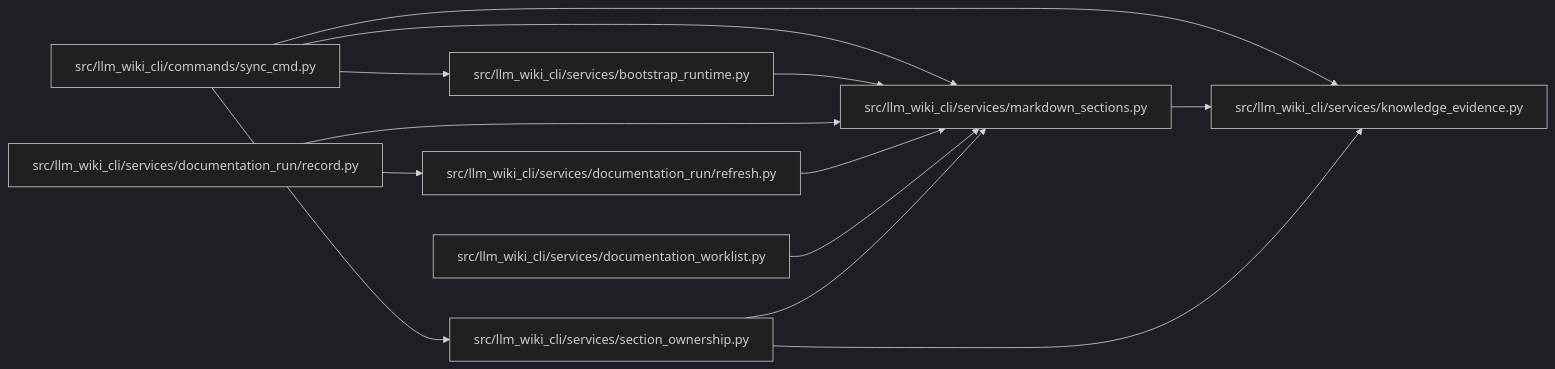
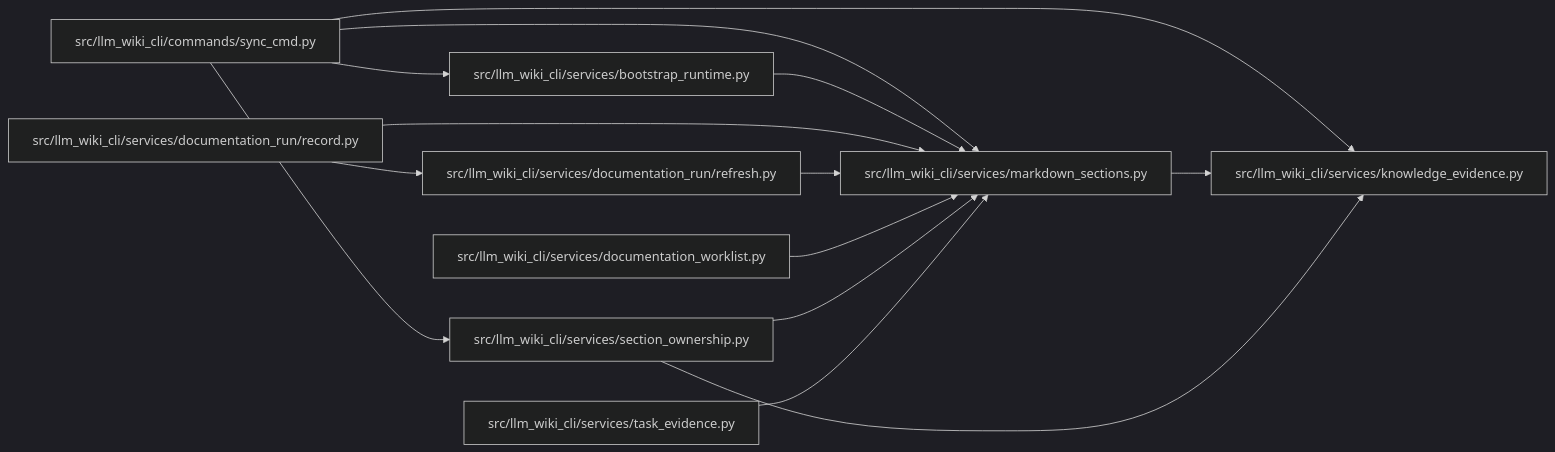
One commit to Denissvgn/python-wiki-llm changed the diagram in docs/llm_wiki/modules/markdown_sections.md. Above: the diagram before and after it, drawn with Mermaid (dark theme). The commit also changed other lines of this file and 279 other files, not shown here.

````diff
--- a/docs/llm_wiki/modules/markdown_sections.md
+++ b/docs/llm_wiki/modules/markdown_sections.md
@@ -33,31 +33,34 @@
 ```mermaid
 flowchart LR
     n0["src/llm_wiki_cli/commands/sync_cmd.py"]
     n1["src/llm_wiki_cli/services/bootstrap_runtime.py"]
     n2["src/llm_wiki_cli/services/documentation_run/record.py"]
     n3["src/llm_wiki_cli/services/documentation_run/refresh.py"]
     n4["src/llm_wiki_cli/services/documentation_worklist.py"]
     n5["src/llm_wiki_cli/services/knowledge_evidence.py"]
     n6["src/llm_wiki_cli/services/markdown_sections.py"]
     n7["src/llm_wiki_cli/services/section_ownership.py"]
+    n8["src/llm_wiki_cli/services/task_evidence.py"]
     n0 --> n1
     n0 --> n5
     n0 --> n6
     n0 --> n7
     n1 --> n6
     n2 --> n3
     n2 --> n6
     n3 --> n6
     n4 --> n6
     n6 --> n5
     n7 --> n5
     n7 --> n6
+    n8 --> n6
     click n0 "../modules/sync_cmd.md"
     click n1 "../modules/bootstrap_runtime.md"
     click n2 "../modules/record.md"
     click n3 "../modules/refresh.md"
     click n4 "../modules/documentation_worklist.md"
     click n5 "../modules/knowledge_evidence.md"
     click n6 "../modules/markdown_sections.md"
     click n7 "../modules/section_ownership.md"
+    click n8 "../modules/task_evidence.md"
 ```
````
